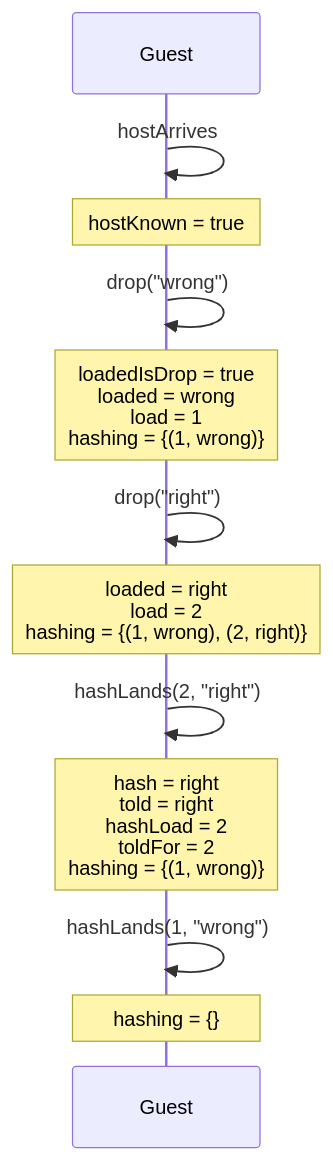
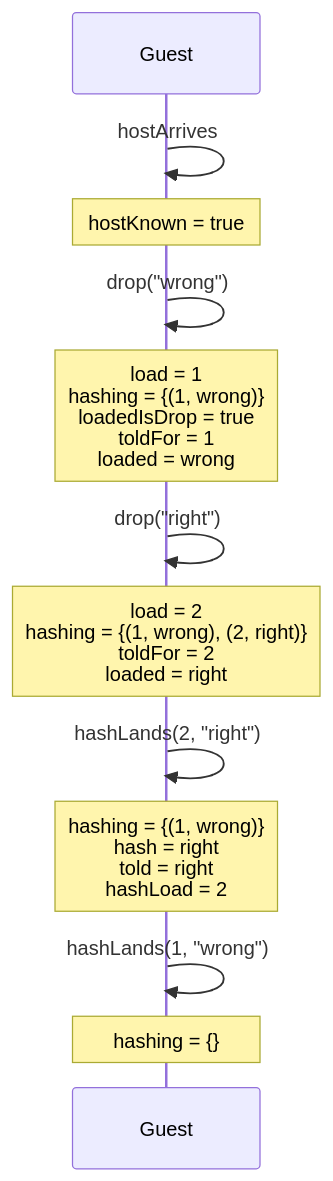
Before and after one commit to kwilson21/kaillera-next: diagram 18 of 18 in docs/spec-traces.md, drawn with Mermaid. The commit also changed other lines of this file and 3 other files, not shown here.

````diff
--- a/docs/spec-traces.md
+++ b/docs/spec-traces.md
@@ -556,14 +556,14 @@
 ```mermaid
 sequenceDiagram
   participant Guest
   Guest->>Guest: hostArrives
   Note over Guest: hostKnown = true
   Guest->>Guest: drop("wrong")
-  Note over Guest: loadedIsDrop = true<br/>loaded = wrong<br/>load = 1<br/>hashing = {(1, wrong)}
+  Note over Guest: load = 1<br/>hashing = {(1, wrong)}<br/>loadedIsDrop = true<br/>toldFor = 1<br/>loaded = wrong
   Guest->>Guest: drop("right")
-  Note over Guest: loaded = right<br/>load = 2<br/>hashing = {(1, wrong), (2, right)}
+  Note over Guest: load = 2<br/>hashing = {(1, wrong), (2, right)}<br/>toldFor = 2<br/>loaded = right
   Guest->>Guest: hashLands(2, "right")
-  Note over Guest: hash = right<br/>told = right<br/>hashLoad = 2<br/>toldFor = 2<br/>hashing = {(1, wrong)}
+  Note over Guest: hashing = {(1, wrong)}<br/>hash = right<br/>told = right<br/>hashLoad = 2
   Guest->>Guest: hashLands(1, "wrong")
   Note over Guest: hashing = {}
 ```
````
